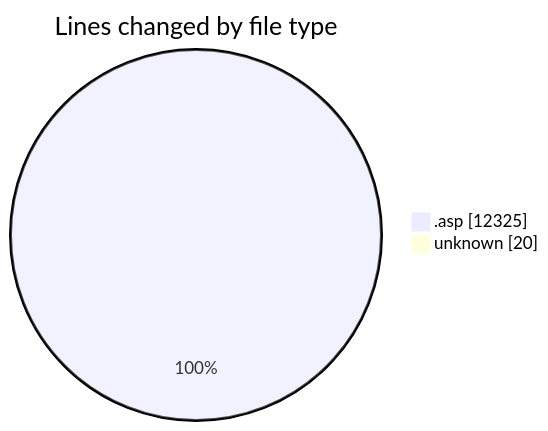
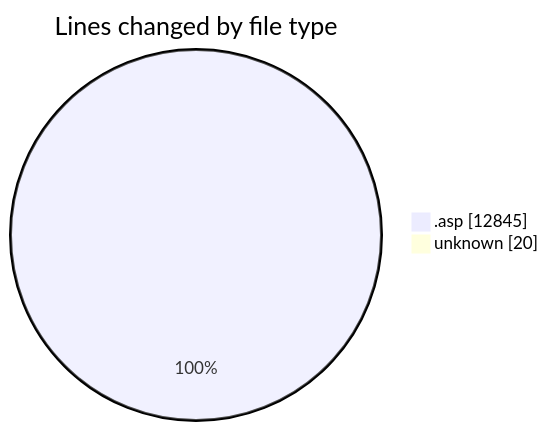
The first of 2 diagrams in 2025-10-27/cdp_aleoudev_fr__workspace_/README.md (julien-gomy/code-tracking), drawn with Mermaid before and after one commit. The commit also changed other lines of this file and 1 other file, not shown here.

````diff
--- a/2025-10-27/cdp_aleoudev_fr__workspace_/README.md
+++ b/2025-10-27/cdp_aleoudev_fr__workspace_/README.md
@@ -32,6 +33,6 @@
 ```mermaid
 pie showData
 title Lines changed by file type
-".asp" : 12325
+".asp" : 12845
 "unknown" : 20
 ```
````
